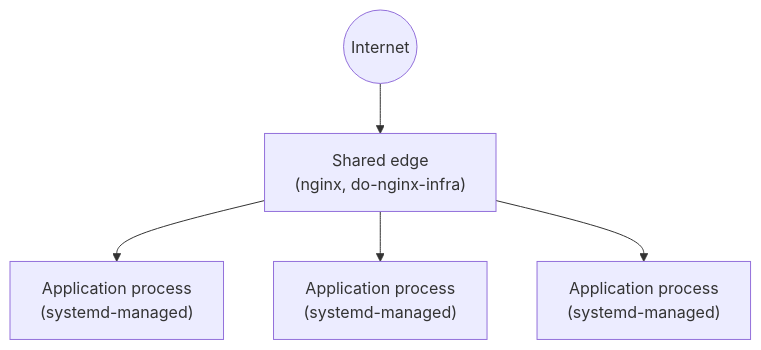
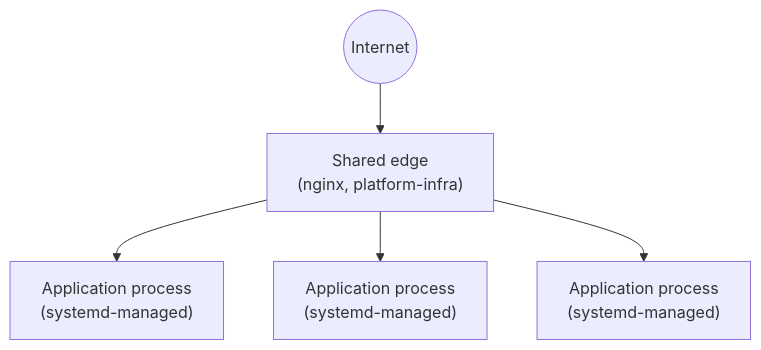
The diagram in docs/architecture/infrastructure/INF-010-target-infrastructure-topology.md (Socx-Org/socx-platform), drawn with Mermaid before and after one commit. The commit also changed other lines of this file and 14 other files, not shown here.

First line of the commit message:
#2 docs(architecture): establish Architecture Documentation structure

````diff
--- a/docs/architecture/infrastructure/INF-010-target-infrastructure-topology.md
+++ b/docs/architecture/infrastructure/INF-010-target-infrastructure-topology.md
@@ -37,7 +37,7 @@
 ```mermaid
 flowchart TB
-    internet(("Internet")) --> edge["Shared edge\n(nginx, do-nginx-infra)"]
+    internet(("Internet")) --> edge["Shared edge\n(nginx, platform-infra)"]
     edge --> svcA["Application process\n(systemd-managed)"]
     edge --> svcB["Application process\n(systemd-managed)"]
     edge --> svcC["Application process\n(systemd-managed)"]
 ```
````
